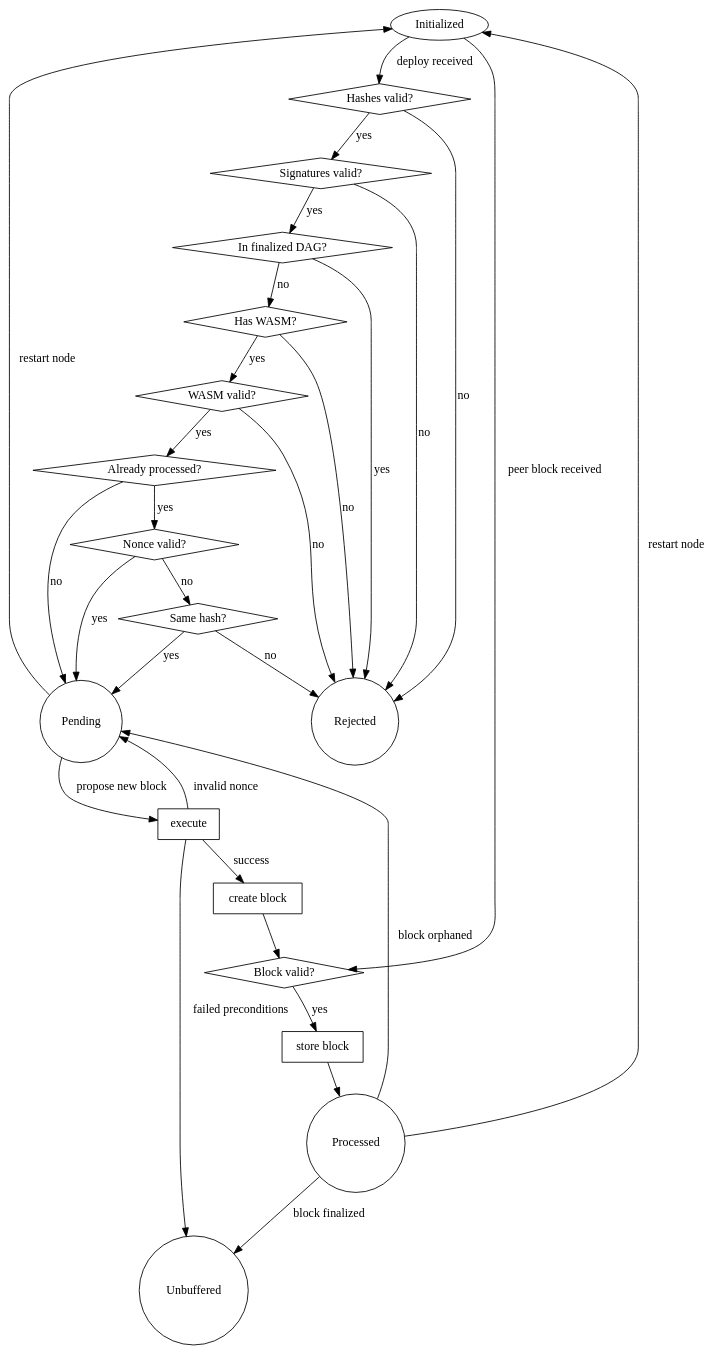
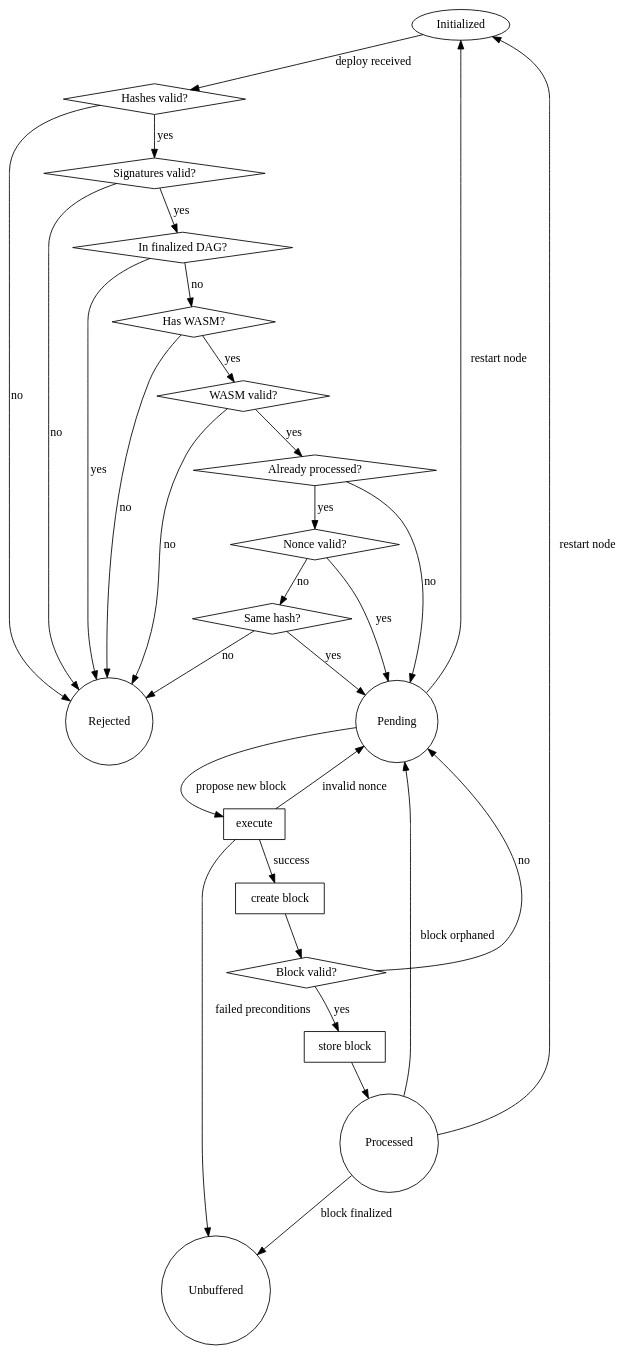
One commit to sacherjj/CasperLabs changed the diagram in casper/src/main/scala/io/casperlabs/casper/deploybuffer/deploys_processing.gv. Above: the diagram before and after it, drawn with Graphviz.

Commit message:
NODE-721: Fix logical inconsitencies with the actual code

```diff
--- a/casper/src/main/scala/io/casperlabs/casper/deploybuffer/deploys_processing.gv
+++ b/casper/src/main/scala/io/casperlabs/casper/deploybuffer/deploys_processing.gv
@@ -1,69 +1,68 @@
 digraph deploy_processing_finite_state_machine {
 /*
     For visualisation install the Graphviz package: https://www.graphviz.org
     Compile to image using the example command: dot -Gdpi=100 -Tjpeg -o deploys.jpeg deploys_processing_fsm.gv
 */
 	initialized[shape="ellipse" label="Initialized"];
 	rejected[shape="circle" label="Rejected"];
 	check_hashes[shape="diamond" label="Hashes valid?"];
 	check_signatures[shape="diamond" label="Signatures valid?"];
 	check_preexistence[shape="diamond" label="In finalized DAG?"];
 	check_session_and_payment_code[shape="diamond" label="Has WASM?"];
 	check_nonce_step_one[shape="diamond" label="Already processed?"]
 	check_nonce_step_two[shape="diamond" label="Nonce valid?"]
     check_nonce_step_three[shape="diamond" label="Same hash?"];
 	check_wasm[shape="diamond" label="WASM valid?"];
 
 	pending[shape="circle" label="Pending"];
 	processed[shape="circle" label="Processed"];
 	deleted[shape="circle" label="Unbuffered"];
 
 	check_computation_result[shape="box" label="execute"];
 	valid_block[shape="diamond" label="Block valid?"];
 	create_block[shape="box" label="create block"];
 	store_block[shape="box" label="store block"];
 
 	initialized -> check_hashes [label="deploy received"];
 
 	check_hashes -> check_signatures [label="yes"];
 	check_hashes -> rejected [label="no"];
 
 	check_signatures -> check_preexistence [label="yes"];
 	check_signatures -> rejected [label="no"];
 
 	check_preexistence -> check_session_and_payment_code [label="no"];
 	check_preexistence -> rejected [label="yes"];
 
 	check_session_and_payment_code -> check_wasm [label="yes"];
 	check_session_and_payment_code -> rejected [label="no"];
 
 	check_wasm -> check_nonce_step_one [label="yes"];
 	check_wasm -> rejected [label="no"];
 
 	check_nonce_step_one -> pending [label="no"];
 	check_nonce_step_one -> check_nonce_step_two [label="yes"];
 
 	check_nonce_step_two -> pending [label="yes"];
 	check_nonce_step_two -> check_nonce_step_three [label="no"];
 
     check_nonce_step_three -> pending [label="yes"];
     check_nonce_step_three -> rejected [label="no"];
 
 	pending -> check_computation_result [label="propose new block"];
 	check_computation_result -> deleted [label="failed preconditions"];
 	check_computation_result -> pending [label="invalid nonce"];
 	check_computation_result -> create_block [label="success"];
 
 	create_block -> valid_block;
 
 	valid_block -> store_block [label="yes"];
+	valid_block -> pending [label="no"];
 
 	store_block -> processed;
 	processed -> pending [label="block orphaned"];
 	processed -> deleted [label="block finalized"];
 
-	initialized -> valid_block [label="peer block received"];
-
 	pending -> initialized [label="restart node"];
 	processed -> initialized [label="restart node"];
 }
```
